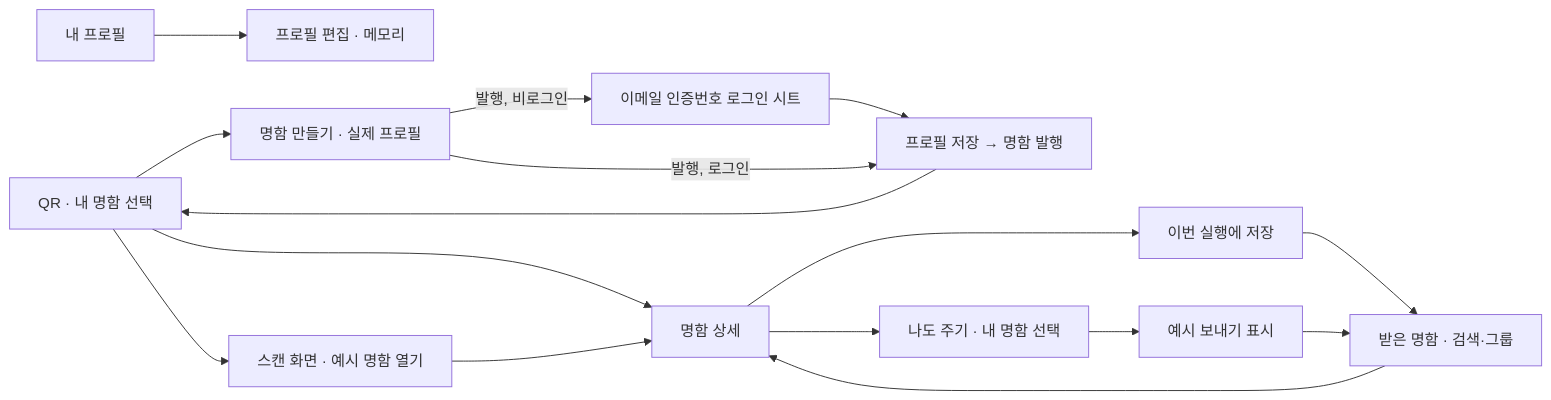
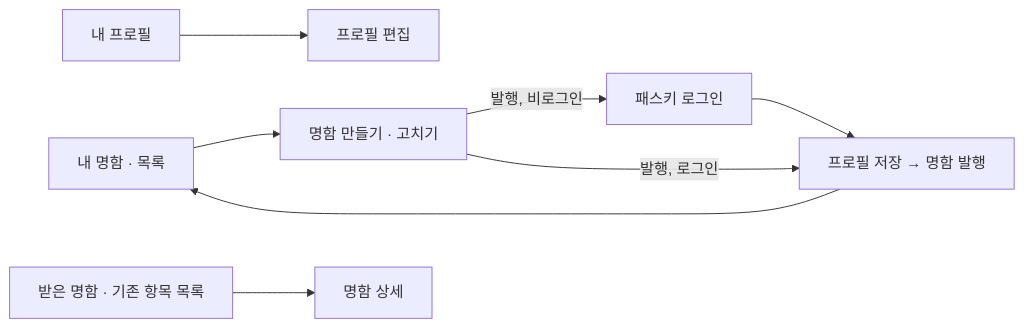
Before and after one commit to fixabley/dearby: the second of 2 diagrams in docs/context/mobile-ui-prototype.md, drawn with Mermaid. The commit also changed other lines of this file and 20 other files, not shown here.

````diff
--- a/docs/context/mobile-ui-prototype.md
+++ b/docs/context/mobile-ui-prototype.md
@@ -48,18 +50,10 @@
 ```mermaid
 flowchart LR
-    PROFILE["내 프로필"] --> EDIT["프로필 편집 · 메모리"]
-    QR["QR · 내 명함 선택"] --> CARD["명함 상세"]
-    QR --> COMPOSE["명함 만들기 · 실제 프로필"]
-    COMPOSE -->|발행, 비로그인| SIGNIN["이메일 인증번호 로그인 시트"]
+    PROFILE["내 프로필"] --> EDIT["프로필 편집"]
+    CARDS["내 명함 · 목록"] --> COMPOSE["명함 만들기 · 고치기"]
+    COMPOSE -->|발행, 비로그인| SIGNIN["패스키 로그인"]
     SIGNIN --> PUBLISH["프로필 저장 → 명함 발행"]
     COMPOSE -->|발행, 로그인| PUBLISH
-    PUBLISH --> QR
-    QR --> SCAN["스캔 화면 · 예시 명함 열기"]
-    SCAN --> CARD
-    WALLET["받은 명함 · 검색·그룹"] --> CARD
-    CARD --> SAVE["이번 실행에 저장"]
-    SAVE --> WALLET
-    CARD --> PICK["나도 주기 · 내 명함 선택"]
-    PICK --> SENT["예시 보내기 표시"]
-    SENT --> WALLET
+    PUBLISH --> CARDS
+    WALLET["받은 명함 · 기존 항목 목록"] --> CARD["명함 상세"]
 ```
````
